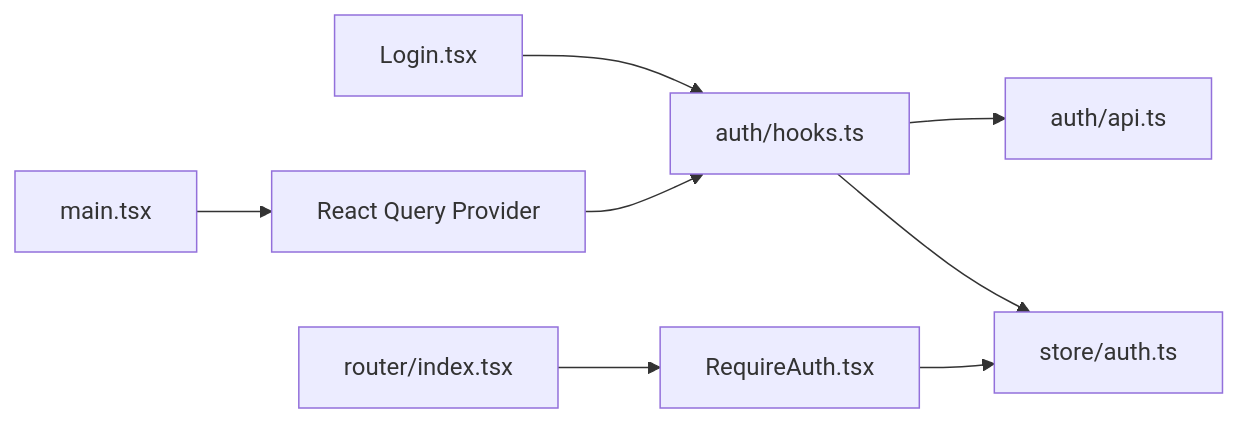
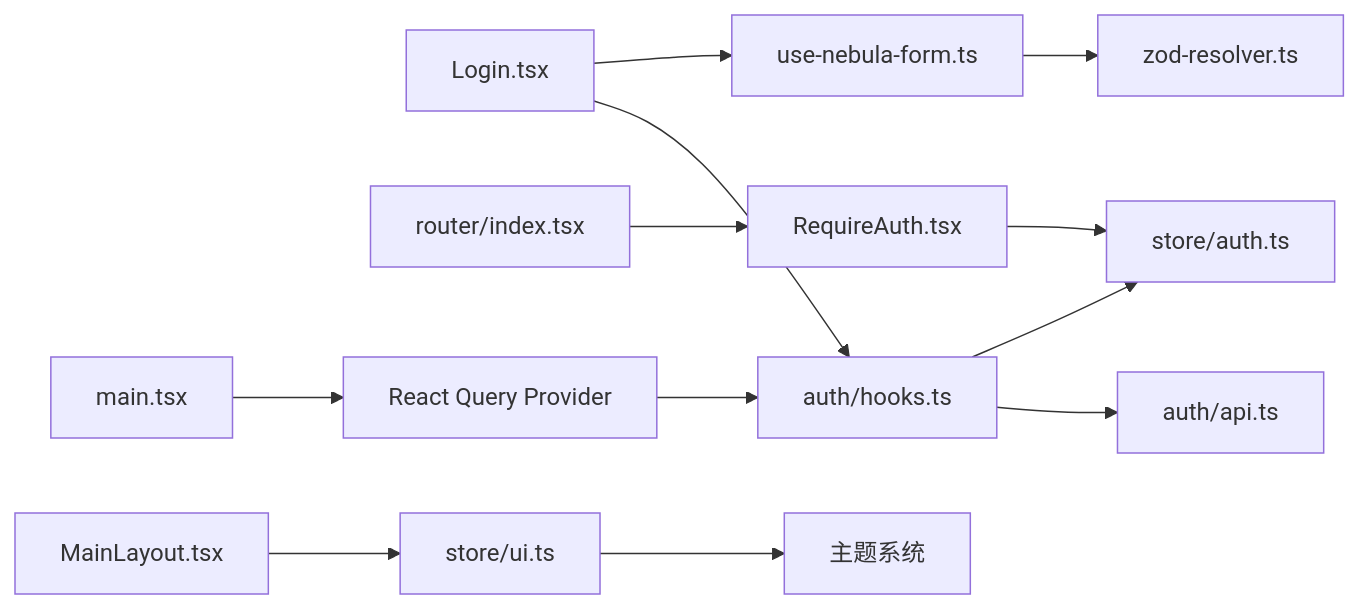
One commit to translateServers/nodes-stack changed the eighth of 8 diagrams in .qoder/repowiki/zh/content/前端系统/状态管理系统/状态管理系统.md. Above: the diagram before and after it, drawn with Mermaid. The commit also changed other lines of this file and 17 other files, not shown here.

````diff
--- a/.qoder/repowiki/zh/content/前端系统/状态管理系统/状态管理系统.md
+++ b/.qoder/repowiki/zh/content/前端系统/状态管理系统/状态管理系统.md
@@ -327,10 +409,14 @@
 ```mermaid
 graph LR
 PAGE_LOGIN["Login.tsx"] --> HOOKS_AUTH["auth/hooks.ts"]
+PAGE_LOGIN --> FORM_HOOK["use-nebula-form.ts"]
+FORM_HOOK --> ZOD_RESOLVER["zod-resolver.ts"]
 HOOKS_AUTH --> API_AUTH["auth/api.ts"]
 HOOKS_AUTH --> STORE_AUTH["store/auth.ts"]
 ROUTER["router/index.tsx"] --> GUARD["RequireAuth.tsx"]
 GUARD --> STORE_AUTH
 MAIN["main.tsx"] --> QUERY["React Query Provider"]
 QUERY --> HOOKS_AUTH
+ENDPOINT["MainLayout.tsx"] --> STORE_UI["store/ui.ts"]
+STORE_UI --> THEME["主题系统"]
 ```
````
